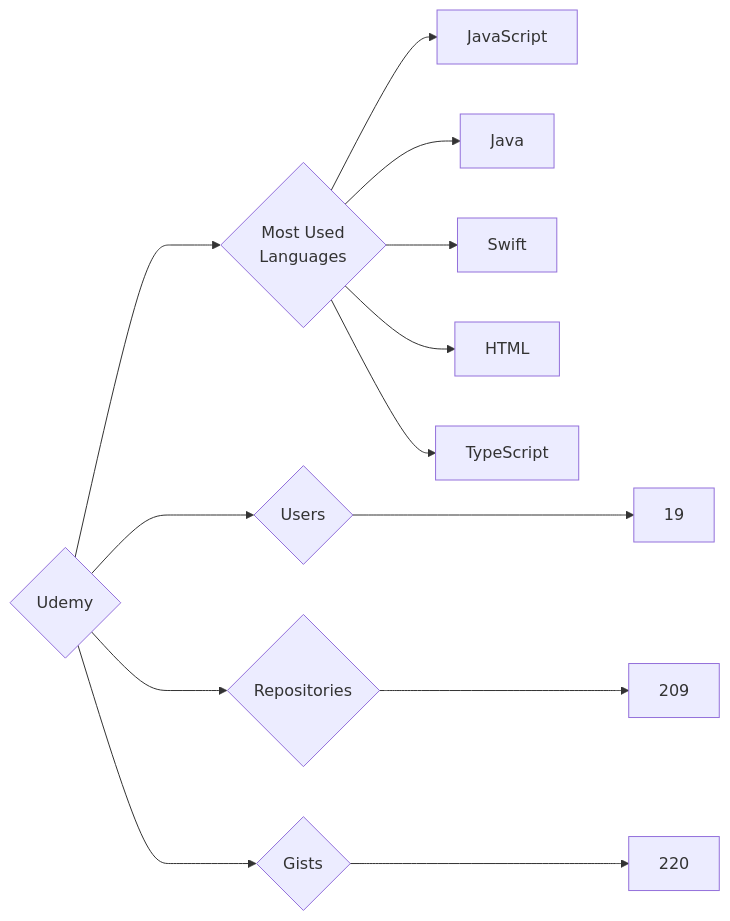
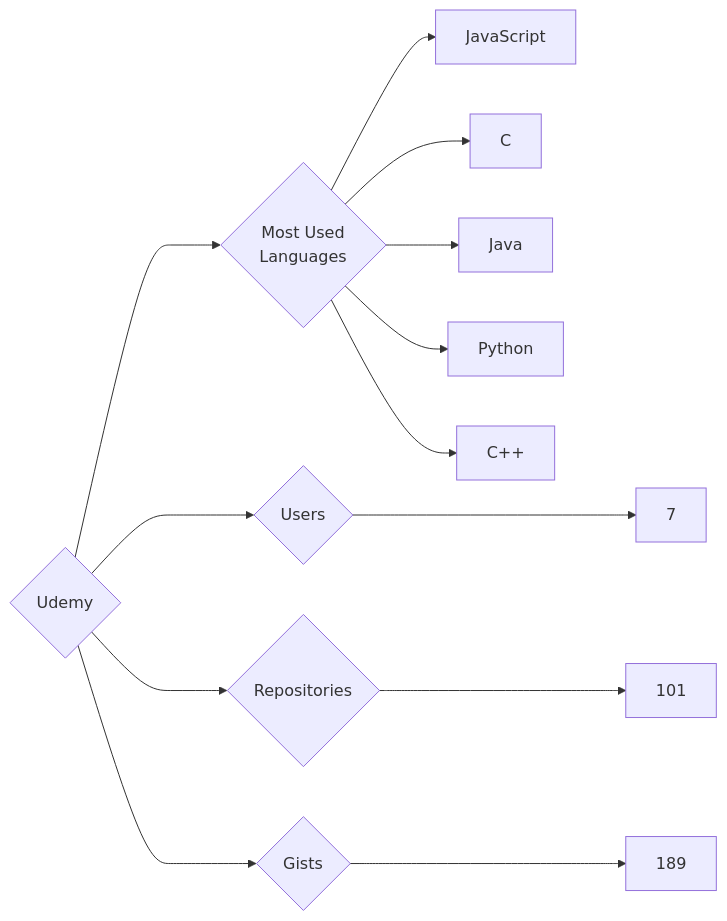
The diagram in targets/Udemy/README.md (trickest/insiders), drawn with Mermaid before and after one commit. The commit also changed 797 other files, not shown here.

````diff
--- a/targets/Udemy/README.md
+++ b/targets/Udemy/README.md
@@ -3,13 +3,13 @@
 ```mermaid
 graph LR
 COMPANY_NAME{Udemy}
-COMPANY_NAME ---> U{Users} ---> UN[19]
-COMPANY_NAME ---> R{Repositories} ---> RN[209]
-COMPANY_NAME ---> G{Gists} ---> GN[220]
+COMPANY_NAME ---> U{Users} ---> UN[7]
+COMPANY_NAME ---> R{Repositories} ---> RN[101]
+COMPANY_NAME ---> G{Gists} ---> GN[189]
 COMPANY_NAME ---> ML{Most Used<br>Languages}
 ML --> JavaScript[JavaScript]
+ML --> C[C]
 ML --> Java[Java]
-ML --> Swift[Swift]
-ML --> HTML[HTML]
-ML --> TypeScript[TypeScript]
+ML --> Python[Python]
+ML --> C++[C++]
 ```
````
